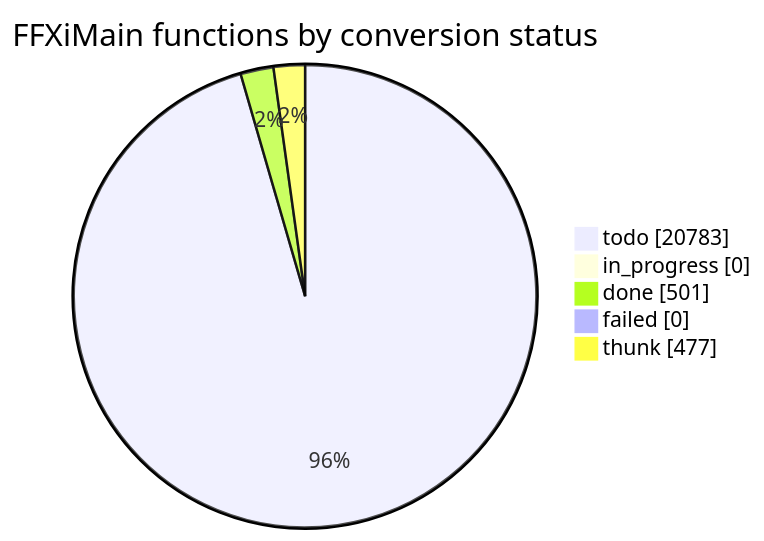
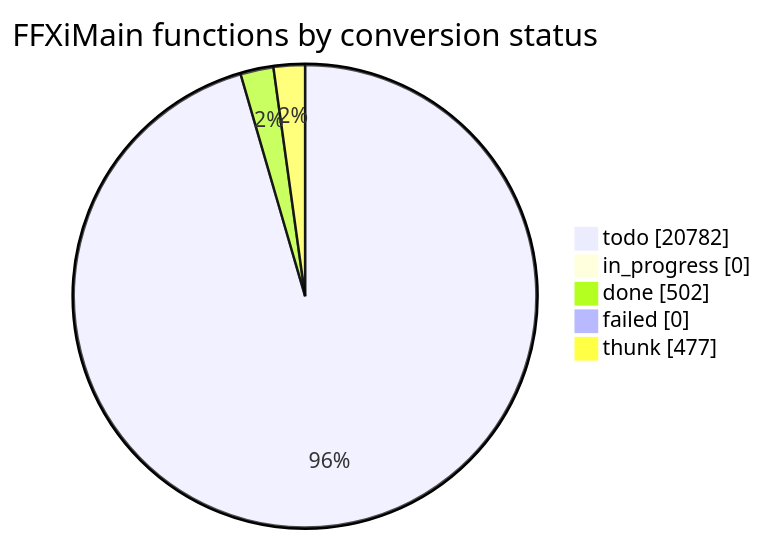
The diagram in docs/cow/STATUS.md (cowrevenge/cow_kuluu_xi_anything), drawn with Mermaid before and after one commit. The commit also changed other lines of this file and 9 other files, not shown here.

````diff
--- a/docs/cow/STATUS.md
+++ b/docs/cow/STATUS.md
@@ -18,9 +18,9 @@
 ```mermaid
 pie showData
     title FFXiMain functions by conversion status
-    "todo" : 20783
+    "todo" : 20782
     "in_progress" : 0
-    "done" : 501
+    "done" : 502
     "failed" : 0
     "thunk" : 477
 ```
````
